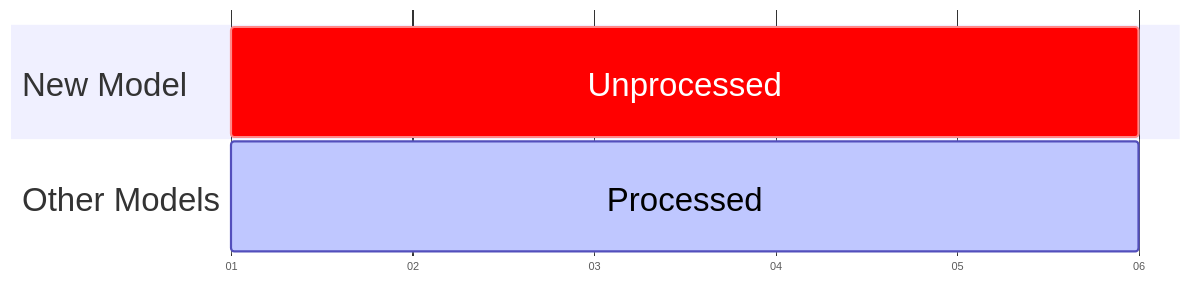
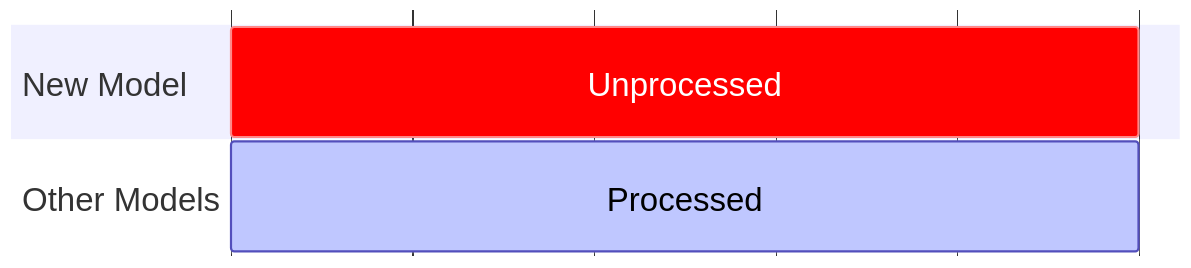
The first of 3 diagrams in docs/modeling-your-data/modeling-your-data-with-dbt/dbt-operation/backfilling/index.md (snowplow/documentation), drawn with Mermaid before and after one commit. The commit also changed other lines of this file and 12 other files, not shown here.

````diff
--- a/docs/modeling-your-data/modeling-your-data-with-dbt/dbt-operation/backfilling/index.md
+++ b/docs/modeling-your-data/modeling-your-data-with-dbt/dbt-operation/backfilling/index.md
@@ -35,11 +36,12 @@
 ```mermaid
 %%{init: { 'gantt': {'barHeight': 100, 'fontSize': 30, 'sectionFontSize': 30, 'leftPadding': 200, 'numberSectionStyles':3, 'displayMode': 'compact'}}}%%
 gantt
     dateFormat  YYYY-MM-DD
-    axisFormat %d
+    %% This comment is here to trigger a git change when spaces at the end of lines are removed, do not do that on this page it is required for the axis formatting    
+    axisFormat  
     tickInterval 1day
     section New Model
     Unprocessed :crit, n1, 2020-01-01, 5d
     section Other Models
     Processed :active, a1, 2020-01-01, 5d
 ```
````
